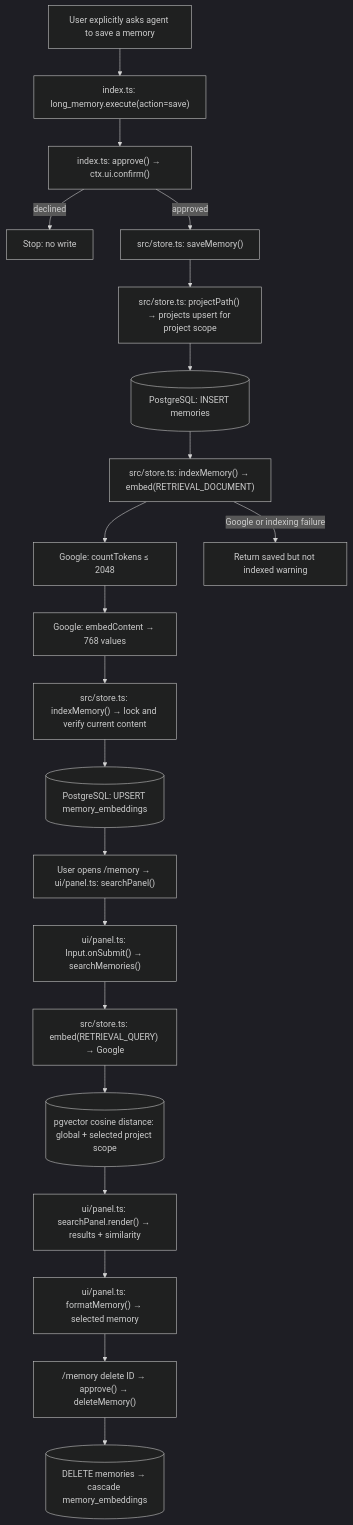
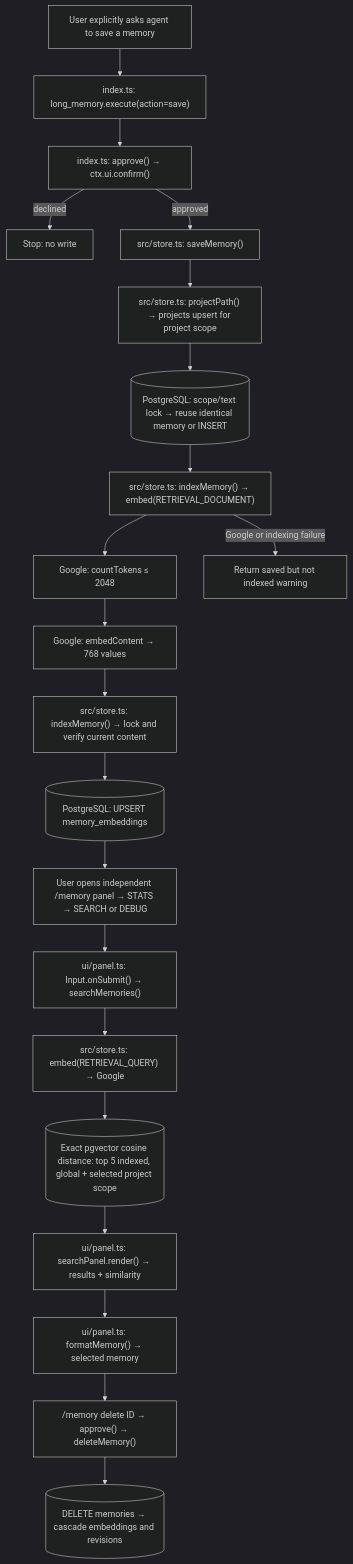
The fourth of 4 diagrams in extensions/long-memory/docs/DIAGRAMS.md (Marvino-Fransisco/pi-config), drawn with Mermaid (dark theme) before and after one commit. The commit also changed other lines of this file and 18 other files, not shown here.

Commit message:
Improve memory management and independent interactive panels

````diff
--- a/extensions/long-memory/docs/DIAGRAMS.md
+++ b/extensions/long-memory/docs/DIAGRAMS.md
@@ -144,31 +151,31 @@
 ```mermaid
 flowchart TD
   REQUEST["User explicitly asks agent to save a memory"]
   TOOL["index.ts: long_memory.execute(action=save)"]
   CONFIRM["index.ts: approve() → ctx.ui.confirm()"]
   REJECT["Stop: no write"]
   SAVE["src/store.ts: saveMemory()"]
   PROJECT["src/store.ts: projectPath() → projects upsert for project scope"]
-  INSERT[("PostgreSQL: INSERT memories")]
+  INSERT[("PostgreSQL: scope/text lock → reuse identical memory or INSERT")]
   INDEX["src/store.ts: indexMemory() → embed(RETRIEVAL_DOCUMENT)"]
   COUNT["Google: countTokens ≤ 2048"]
   VECTOR["Google: embedContent → 768 values"]
   LOCK["src/store.ts: indexMemory() → lock and verify current content"]
   INDEXED[("PostgreSQL: UPSERT memory_embeddings")]
   WARNING["Return saved but not indexed warning"]
-  SEARCH["User opens /memory → ui/panel.ts: searchPanel()"]
+  SEARCH["User opens independent /memory panel → STATS → SEARCH or DEBUG"]
   SUBMIT["ui/panel.ts: Input.onSubmit() → searchMemories()"]
   QUERY["src/store.ts: embed(RETRIEVAL_QUERY) → Google"]
-  MATCH[("pgvector cosine distance: global + selected project scope")]
+  MATCH[("Exact pgvector cosine distance: top 5 indexed, global + selected project scope")]
   RESULTS["ui/panel.ts: searchPanel.render() → results + similarity"]
   DETAIL["ui/panel.ts: formatMemory() → selected memory"]
   DELETE["/memory delete ID → approve() → deleteMemory()"]
-  REMOVE[("DELETE memories → cascade memory_embeddings")]
+  REMOVE[("DELETE memories → cascade embeddings and revisions")]
   REQUEST --> TOOL --> CONFIRM
   CONFIRM -->|"declined"| REJECT
   CONFIRM -->|"approved"| SAVE --> PROJECT --> INSERT --> INDEX --> COUNT --> VECTOR --> LOCK --> INDEXED
   INDEX -->|"Google or indexing failure"| WARNING
   INDEXED --> SEARCH
   SEARCH --> SUBMIT --> QUERY --> MATCH --> RESULTS --> DETAIL
   DETAIL --> DELETE --> REMOVE
 ```
````
